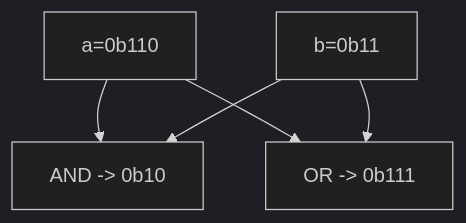
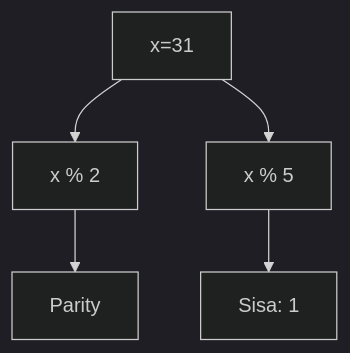
Diagram 15 of 25 in part-c-pemahaman-cpp/06-bitwise/latihan/set-05.md (amnahwaida/OSNK_INF_PREP), drawn with Mermaid (dark theme) before and after one commit. The commit also changed other lines of this file and 71 other files, not shown here.

````diff
--- a/part-c-pemahaman-cpp/06-bitwise/latihan/set-05.md
+++ b/part-c-pemahaman-cpp/06-bitwise/latihan/set-05.md
@@ -386,7 +451,7 @@
 ```mermaid
 graph TD
-    A["a=0b110"] --> C["AND -> 0b10"]
-    B["b=0b11"] --> C
-    A --> D["OR  -> 0b111"]
-    B --> D
+A[x=31] --> B[x % 2]
+B --> C[Parity]
+A --> D[x % 5]
+D --> E[Sisa: 1]
 ```
````
